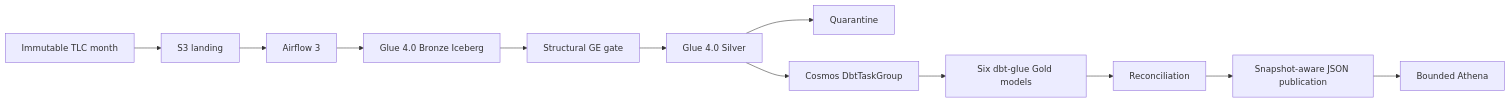
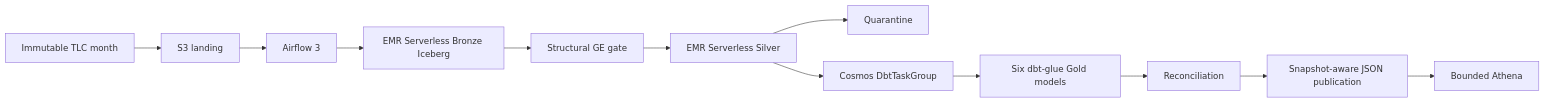
The diagram in docs/ARCHITECTURE.md (mtoanng/Spark-Iceberg-Redshift-Lakehouse), drawn with Mermaid before and after one commit. The commit also changed other lines of this file and 37 other files, not shown here.

````diff
--- a/docs/ARCHITECTURE.md
+++ b/docs/ARCHITECTURE.md
@@ -3,14 +3,14 @@
 ```mermaid
 flowchart LR
   TLC[Immutable TLC month] --> S3[S3 landing]
   S3 --> AF[Airflow 3]
-  AF --> B[Glue 4.0 Bronze Iceberg]
+  AF --> B[EMR Serverless Bronze Iceberg]
   B --> GE[Structural GE gate]
-  GE --> S[Glue 4.0 Silver]
+  GE --> S[EMR Serverless Silver]
   S --> Q[Quarantine]
   S --> C[Cosmos DbtTaskGroup]
   C --> G[Six dbt-glue Gold models]
   G --> R[Reconciliation]
   R --> P[Snapshot-aware JSON publication]
   P --> A[Bounded Athena]
 ```
````
